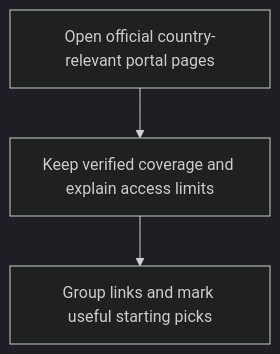
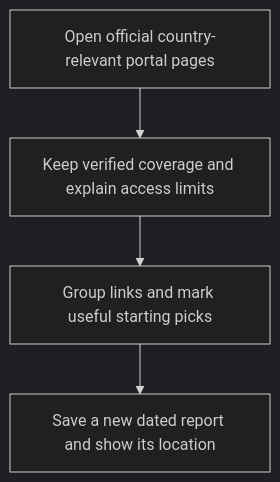
One commit to myowinthein/agent-compass changed the diagram in docs/commands/portal-finder/step1-portal-research.md. Above: the diagram before and after it, drawn with Mermaid (dark theme). The commit also changed other lines of this file and 16 other files, not shown here.

Commit message:
feat(portal-finder): save and replay dated country reports

````diff
--- a/docs/commands/portal-finder/step1-portal-research.md
+++ b/docs/commands/portal-finder/step1-portal-research.md
@@ -19,5 +19,6 @@
 ```mermaid
 flowchart TD
   Research["Open official country-relevant portal pages"] --> Verify["Keep verified coverage and explain access limits"]
   Verify --> Present["Group links and mark useful starting picks"]
+  Present --> Save["Save a new dated report and show its location"]
 ```
````
